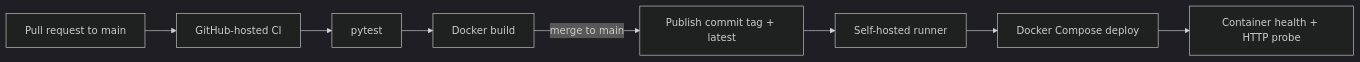
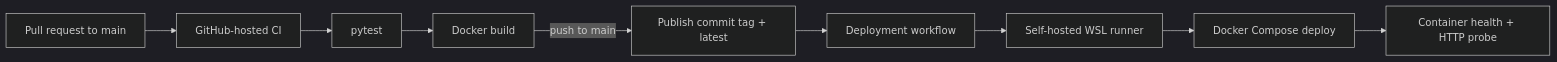
Before and after one commit to arturasryan919-spec/DevopsPractical: the diagram in README.md, drawn with Mermaid (dark theme). The commit also changed other lines of this file, not shown here.

Commit message:
docs: clarify CI and deployment status

````diff
--- a/README.md
+++ b/README.md
@@ -26,10 +27,11 @@
 ```mermaid
 flowchart LR
     PR["Pull request to main"] --> CI["GitHub-hosted CI"]
     CI --> TEST["pytest"]
     TEST --> BUILD["Docker build"]
-    BUILD -->|merge to main| HUB["Publish commit tag + latest"]
-    HUB --> RUNNER["Self-hosted runner"]
+    BUILD -->|push to main| HUB["Publish commit tag + latest"]
+    HUB --> DEPLOY["Deployment workflow"]
+    DEPLOY --> RUNNER["Self-hosted WSL runner"]
     RUNNER --> COMPOSE["Docker Compose deploy"]
     COMPOSE --> HEALTH["Container health + HTTP probe"]
 ```
````
